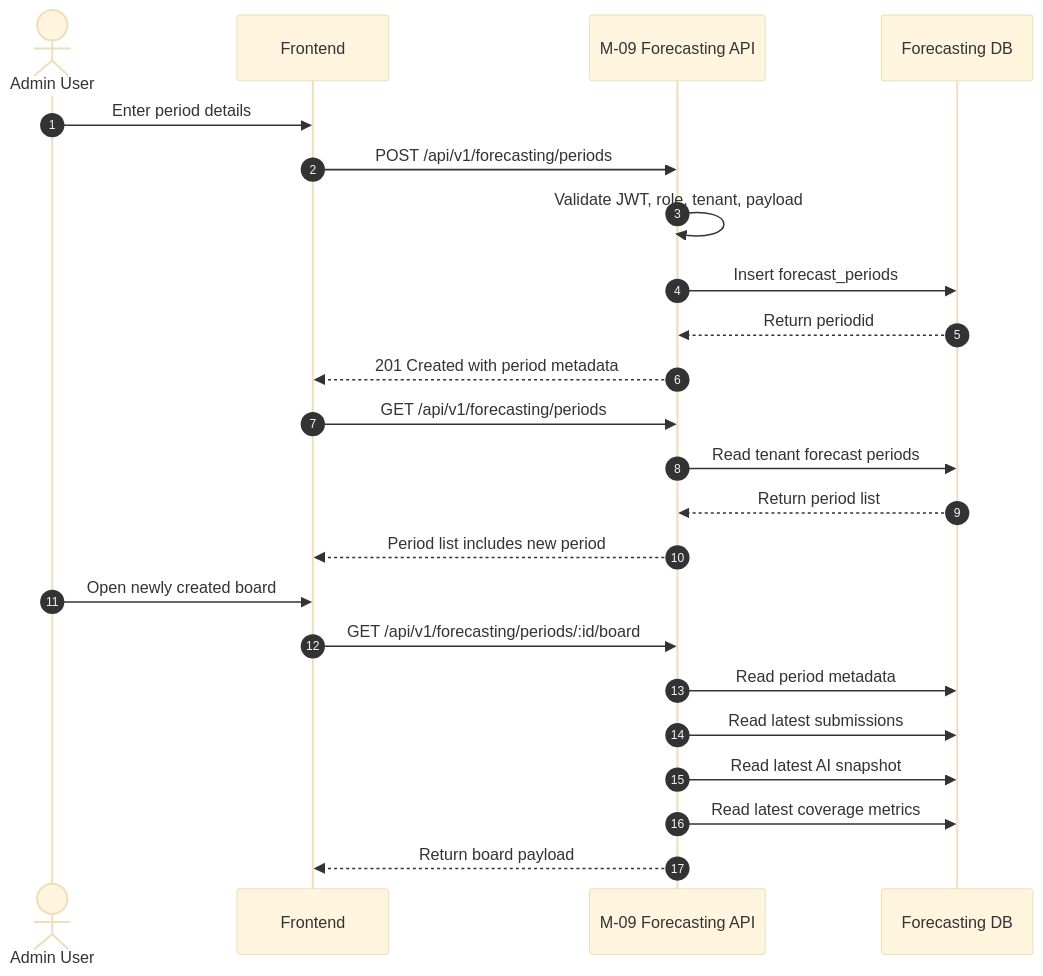
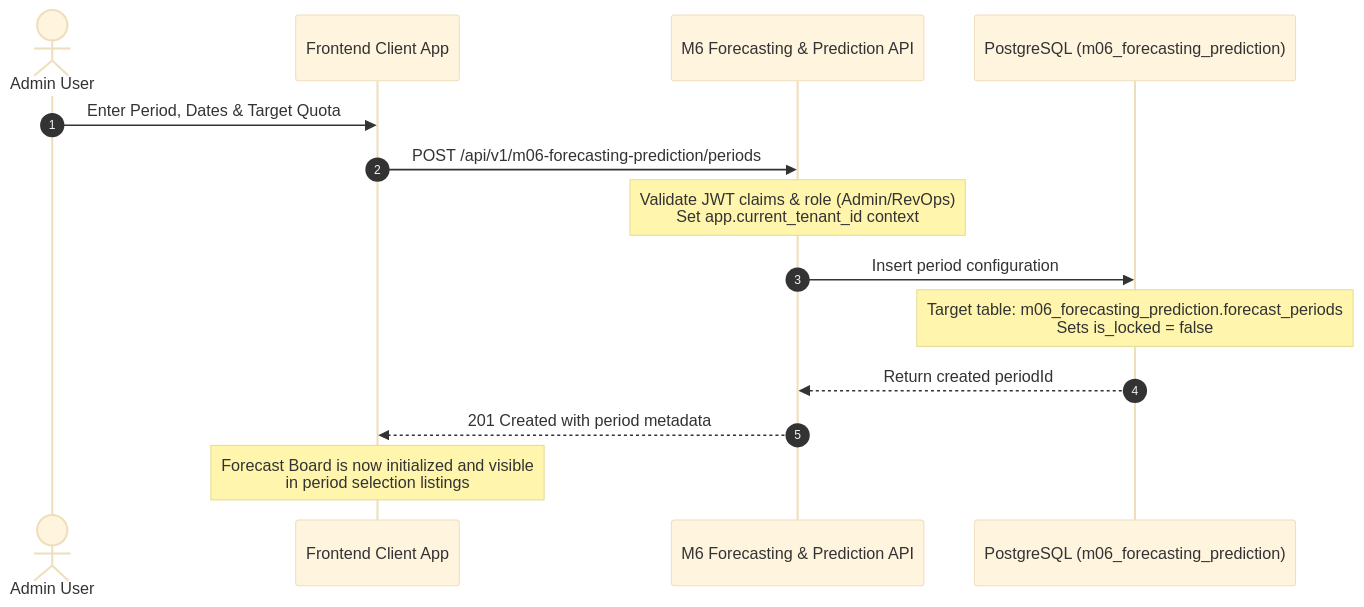
The second of 4 diagrams in Reference documents/M6 Forecasting & Prediction/Sequence Diagrams for M6.md (PoojaTiwari09/FB-and-RP-Fixes), drawn with Mermaid (base theme) before and after one commit. The commit also changed other lines of this file and 79 other files, not shown here.

````diff
--- a/Reference documents/M6 Forecasting & Prediction/Sequence Diagrams for M6.md
+++ b/Reference documents/M6 Forecasting & Prediction/Sequence Diagrams for M6.md
@@ -130,28 +80,20 @@
 ```mermaid
 sequenceDiagram
     autonumber
     actor Admin as Admin User
-    participant FE as Frontend
-    participant API as M-09 Forecasting API
-    participant DB as Forecasting DB
+    participant FE as Frontend Client App
+    participant M6 as M6 Forecasting & Prediction API
+    participant DB as PostgreSQL (m06_forecasting_prediction)
 
-    Admin->>FE: Enter period details
-    FE->>API: POST /api/v1/forecasting/periods
-    API->>API: Validate JWT, role, tenant, payload
-    API->>DB: Insert forecast_periods
-    DB-->>API: Return periodid
-    API-->>FE: 201 Created with period metadata
+    Admin->>FE: Enter Period, Dates & Target Quota
+    FE->>M6: POST /api/v1/m06-forecasting-prediction/periods
+    Note over M6: Validate JWT claims & role (Admin/RevOps)<br/>Set app.current_tenant_id context
 
-    FE->>API: GET /api/v1/forecasting/periods
-    API->>DB: Read tenant forecast periods
-    DB-->>API: Return period list
-    API-->>FE: Period list includes new period
+    M6->>DB: Insert period configuration
+    Note over DB: Target table: m06_forecasting_prediction.forecast_periods<br/>Sets is_locked = false
+    DB-->>M6: Return created periodId
 
-    Admin->>FE: Open newly created board
-    FE->>API: GET /api/v1/forecasting/periods/:id/board
-    API->>DB: Read period metadata
-    API->>DB: Read latest submissions
-    API->>DB: Read latest AI snapshot
-    API->>DB: Read latest coverage metrics
-    API-->>FE: Return board payload
+    M6-->>FE: 201 Created with period metadata
+    
+    Note over FE: Forecast Board is now initialized and visible<br/>in period selection listings
 ```
````
